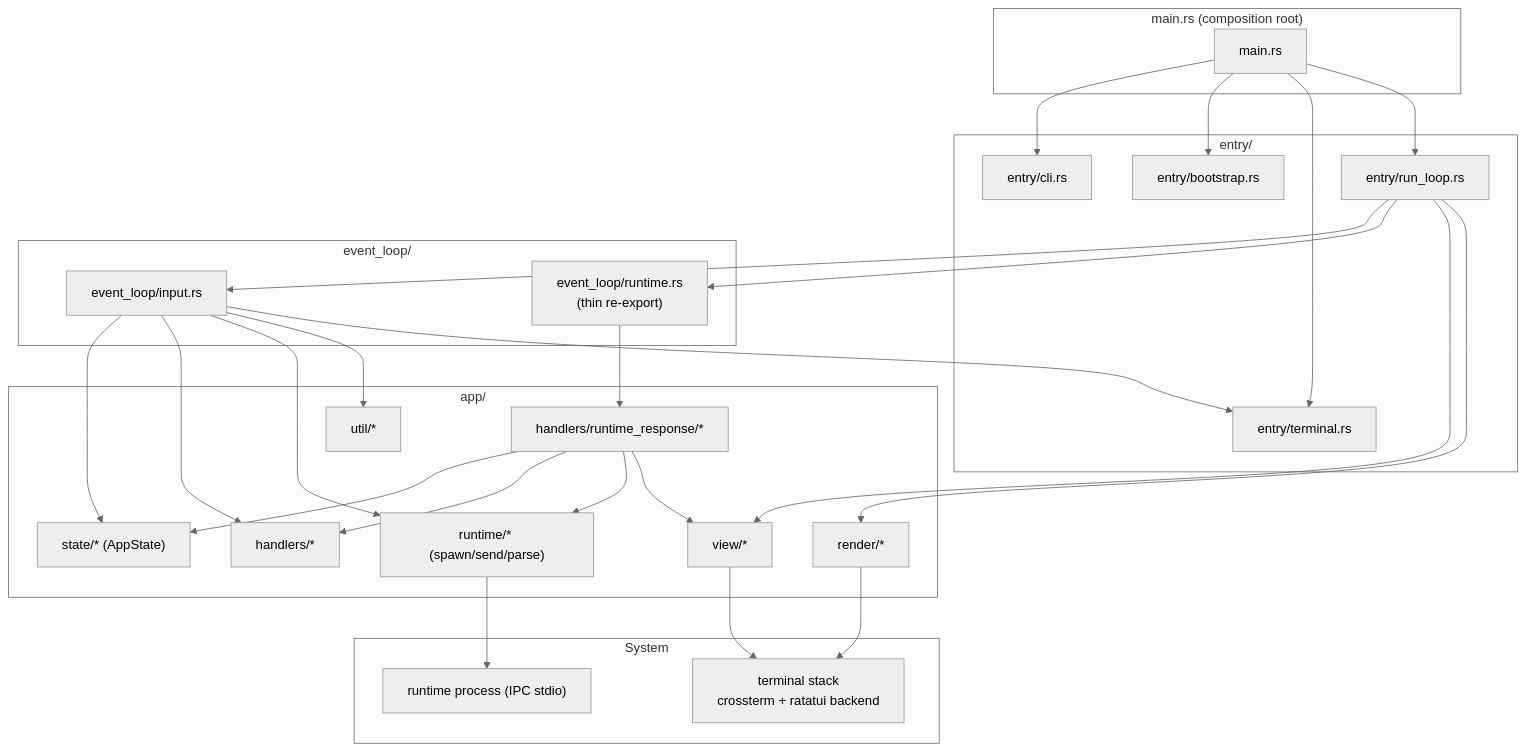
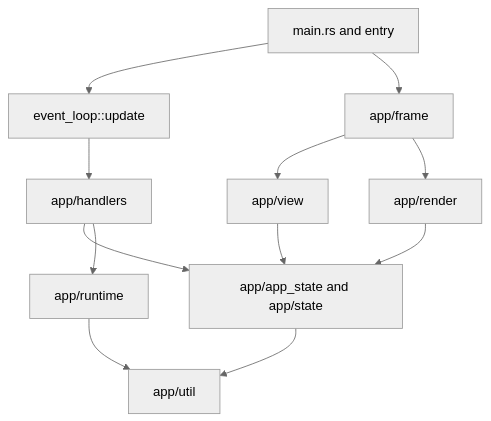
The diagram in dev-docs/specs/tui-architecture.md (kousw/codelia), drawn with Mermaid (neutral theme) before and after one commit. The commit also changed other lines of this file and 32 other files, not shown here.

Commit message:
refactor(tui): add TEA update/Effect boundary, generic run_loop, and sync docs

````diff
--- a/dev-docs/specs/tui-architecture.md
+++ b/dev-docs/specs/tui-architecture.md
@@ -57,58 +21,23 @@
 ```mermaid
 flowchart TD
-  subgraph main_layer["main.rs (composition root)"]
-    main["main.rs"]
-  end
-
-  subgraph entry_layer["entry/"]
-    cli["entry/cli.rs"]
-    bootstrap["entry/bootstrap.rs"]
-    run_loop["entry/run_loop.rs"]
-    terminal["entry/terminal.rs"]
-  end
-
-  subgraph loop_layer["event_loop/"]
-    input["event_loop/input.rs"]
-    runtime_boundary["event_loop/runtime.rs\n(thin re-export)"]
-  end
-
-  subgraph app_layer["app/"]
-    state["state/* (AppState)"]
-    handlers["handlers/*"]
-    runtime_handlers["handlers/runtime_response/*"]
-    runtime_adapter["runtime/* (spawn/send/parse)"]
-    view["view/*"]
-    render["render/*"]
-    util["util/*"]
-  end
-
-  subgraph system_layer["System"]
-    runtime_proc["runtime process (IPC stdio)"]
-    term_stack["terminal stack\ncrossterm + ratatui backend"]
-  end
-
-  main --> cli
-  main --> bootstrap
-  main --> terminal
-  main --> run_loop
-
-  run_loop --> input
-  run_loop --> runtime_boundary
-  run_loop --> view
-  run_loop --> render
-  input --> state
-  input --> handlers
-  input --> runtime_adapter
-  input --> util
-  input --> terminal
-
-  runtime_boundary --> runtime_handlers
-  runtime_handlers --> state
-  runtime_handlers --> handlers
-  runtime_handlers --> runtime_adapter
-  runtime_handlers --> view
-
-  runtime_adapter --> runtime_proc
-  render --> term_stack
-  view --> term_stack
+  main["main.rs and entry"]
+  update["event_loop::update"]
+  handlers["app/handlers"]
+  frame["app/frame"]
+  view["app/view"]
+  render["app/render"]
+  state["app/app_state and app/state"]
+  runtime["app/runtime"]
+  util["app/util"]
+  main --> update
+  main --> frame
+  update --> handlers
+  handlers --> state
+  handlers --> runtime
+  frame --> view
+  frame --> render
+  view --> state
+  render --> state
+  state --> util
+  runtime --> util
 ```
````
